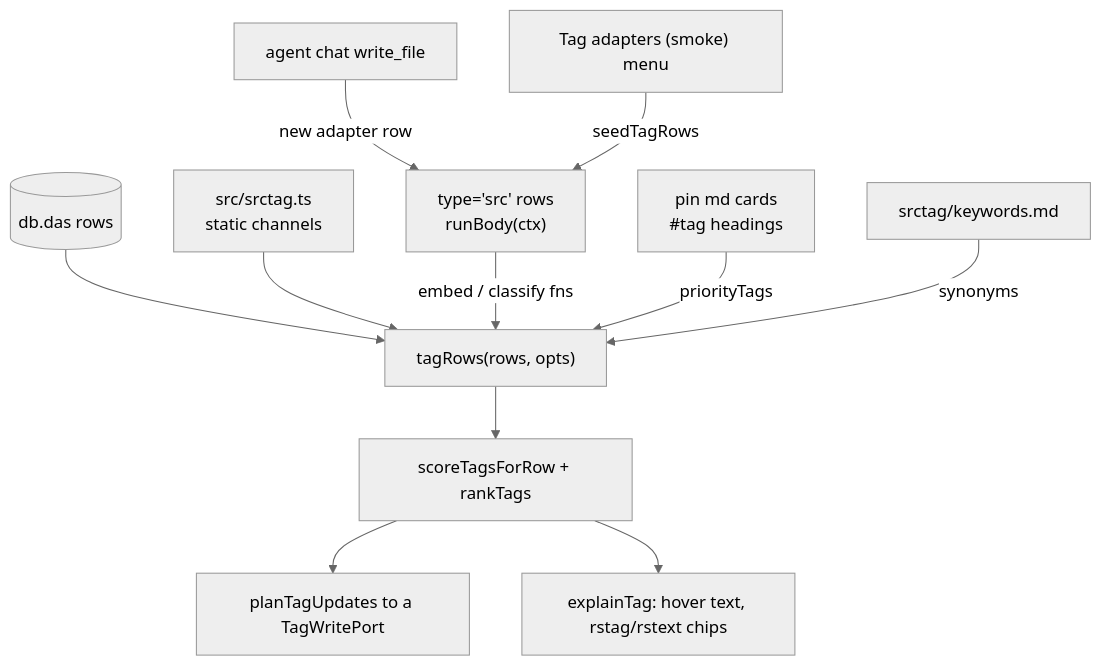
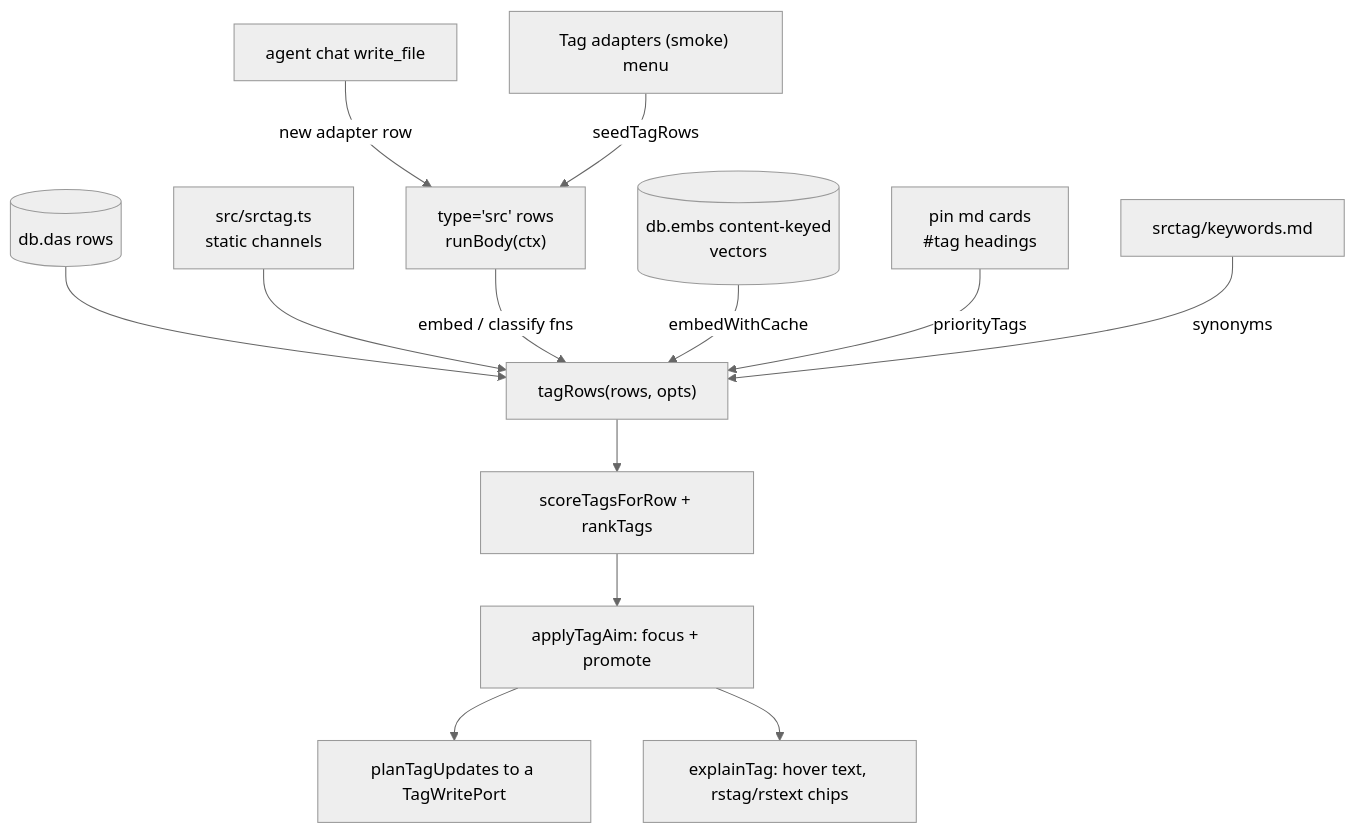
One commit to wasoko/xbb changed the diagram in docs/sTag.md. Above: the diagram before and after it, drawn with Mermaid (neutral theme). The commit also changed other lines of this file and 17 other files, not shown here.

````diff
--- a/docs/sTag.md
+++ b/docs/sTag.md
@@ -20,13 +34,15 @@
 ```mermaid
 flowchart TB
   R[("db.das rows")] --> T["tagRows(rows, opts)"]
   S["src/srctag.ts<br/>static channels"] --> T
   D["type='src' rows<br/>runBody(ctx)"] -->|"embed / classify fns"| T
+  V[("db.embs content-keyed<br/>vectors")] -->|"embedWithCache"| T
   P["pin md cards<br/>#tag headings"] -->|"priorityTags"| T
   K["srctag/keywords.md"] -->|"synonyms"| T
   T --> F["scoreTagsForRow + rankTags"]
-  F --> W["planTagUpdates to a TagWritePort"]
-  F --> E["explainTag: hover text, rstag/rstext chips"]
+  F --> A["applyTagAim: focus + promote"]
+  A --> W["planTagUpdates to a TagWritePort"]
+  A --> E["explainTag: hover text, rstag/rstext chips"]
   C["agent chat write_file"] -->|"new adapter row"| D
   U["Tag adapters (smoke) menu"] -->|"seedTagRows"| D
 ```
````
